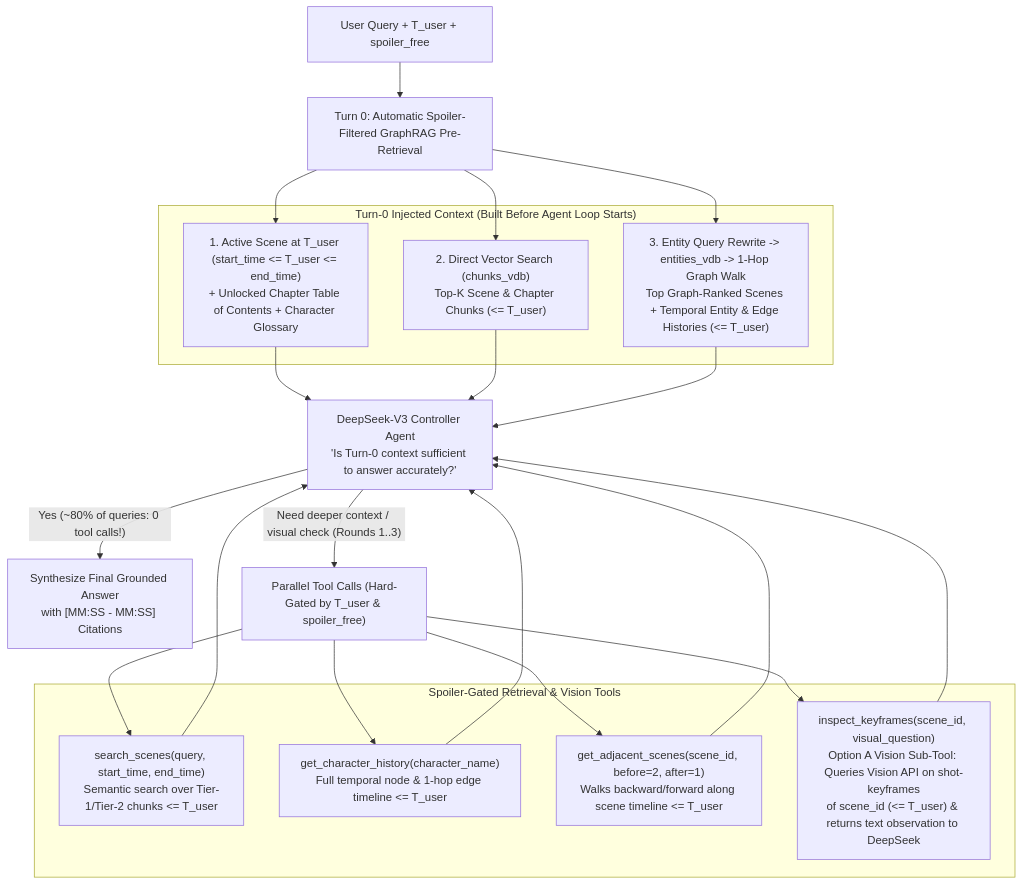
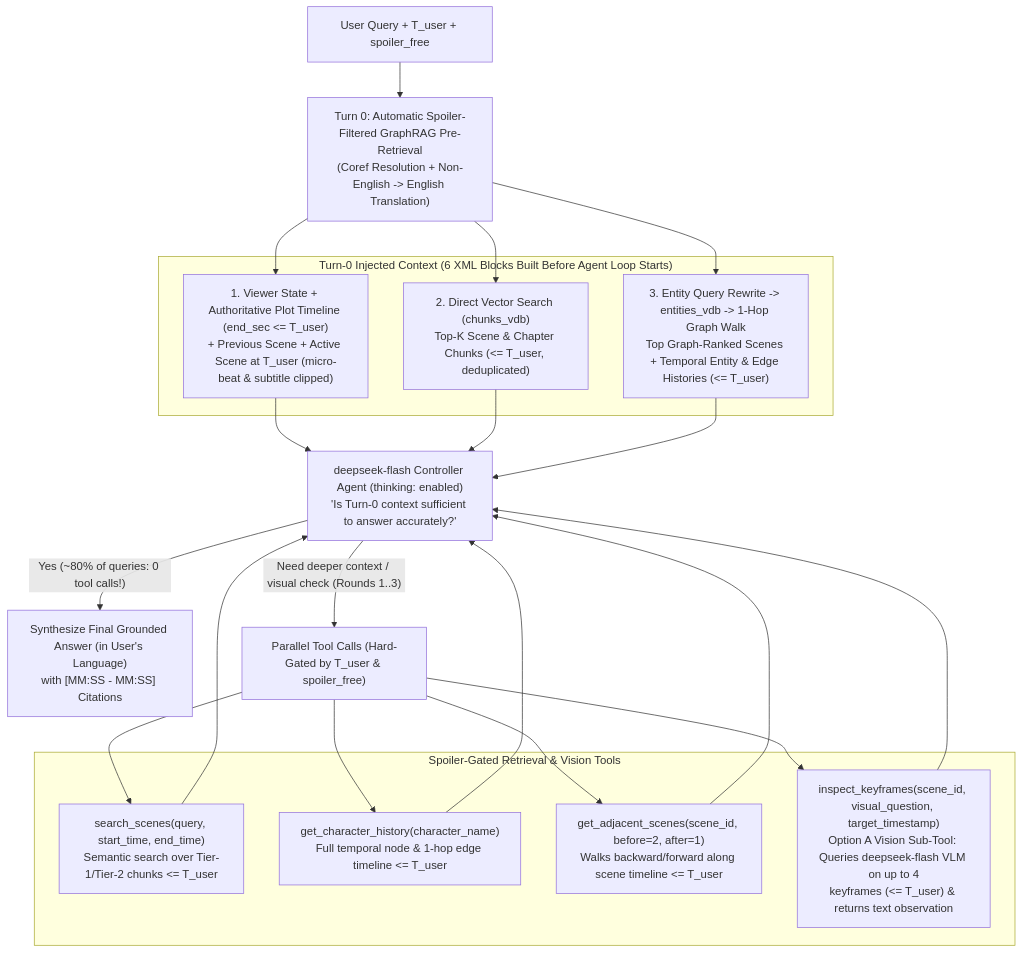
The second of 2 diagrams in Notes/03_Spoiler_Aware_GraphRAG_and_Retrieval.md (ctu-flix/MovieRag), drawn with Mermaid before and after one commit. The commit also changed other lines of this file and 4 other files, not shown here.

Commit message:
docs(notes): sync architecture docs with verified Phase B implementation

````diff
--- a/Notes/03_Spoiler_Aware_GraphRAG_and_Retrieval.md
+++ b/Notes/03_Spoiler_Aware_GraphRAG_and_Retrieval.md
@@ -116,26 +119,26 @@
 ```mermaid
 flowchart TD
-    Q["User Query + T_user + spoiler_free"] --> TURN0["Turn 0: Automatic Spoiler-Filtered GraphRAG Pre-Retrieval"]
+    Q["User Query + T_user + spoiler_free"] --> TURN0["Turn 0: Automatic Spoiler-Filtered GraphRAG Pre-Retrieval<br/>(Coref Resolution + Non-English -> English Translation)"]
 
-    subgraph PreRetrieval["Turn-0 Injected Context (Built Before Agent Loop Starts)"]
-        C_NOW["1. Active Scene at T_user (start_time <= T_user <= end_time)<br/>+ Unlocked Chapter Table of Contents + Character Glossary"]
-        C_VEC["2. Direct Vector Search (chunks_vdb)<br/>Top-K Scene & Chapter Chunks (<= T_user)"]
+    subgraph PreRetrieval["Turn-0 Injected Context (6 XML Blocks Built Before Agent Loop Starts)"]
+        C_NOW["1. Viewer State + Authoritative Plot Timeline (end_sec <= T_user)<br/>+ Previous Scene + Active Scene at T_user (micro-beat & subtitle clipped)"]
+        C_VEC["2. Direct Vector Search (chunks_vdb)<br/>Top-K Scene & Chapter Chunks (<= T_user, deduplicated)"]
         C_KG["3. Entity Query Rewrite -> entities_vdb -> 1-Hop Graph Walk<br/>Top Graph-Ranked Scenes + Temporal Entity & Edge Histories (<= T_user)"]
     end
 
     TURN0 --> C_NOW & C_VEC & C_KG
-    C_NOW & C_VEC & C_KG --> AGENT["DeepSeek-V3 Controller Agent<br/>'Is Turn-0 context sufficient to answer accurately?'"]
+    C_NOW & C_VEC & C_KG --> AGENT["deepseek-flash Controller Agent (thinking: enabled)<br/>'Is Turn-0 context sufficient to answer accurately?'"]
 
-    AGENT -- "Yes (~80% of queries: 0 tool calls!)" --> ANS["Synthesize Final Grounded Answer<br/>with [MM:SS - MM:SS] Citations"]
+    AGENT -- "Yes (~80% of queries: 0 tool calls!)" --> ANS["Synthesize Final Grounded Answer (in User's Language)<br/>with [MM:SS - MM:SS] Citations"]
     AGENT -- "Need deeper context / visual check (Rounds 1..3)" --> TOOLS["Parallel Tool Calls (Hard-Gated by T_user & spoiler_free)"]
 
     subgraph AgentTools["Spoiler-Gated Retrieval & Vision Tools"]
         T1["search_scenes(query, start_time, end_time)<br/>Semantic search over Tier-1/Tier-2 chunks <= T_user"]
         T2["get_character_history(character_name)<br/>Full temporal node & 1-hop edge timeline <= T_user"]
         T3["get_adjacent_scenes(scene_id, before=2, after=1)<br/>Walks backward/forward along scene timeline <= T_user"]
-        T4["inspect_keyframes(scene_id, visual_question)<br/>Option A Vision Sub-Tool: Queries Vision API on shot-keyframes<br/>of scene_id (<= T_user) & returns text observation to DeepSeek"]
+        T4["inspect_keyframes(scene_id, visual_question, target_timestamp)<br/>Option A Vision Sub-Tool: Queries deepseek-flash VLM on up to 4<br/>keyframes (<= T_user) & returns text observation"]
     end
 
     TOOLS --> T1 & T2 & T3 & T4
     T1 & T2 & T3 & T4 --> AGENT
 ```
````
